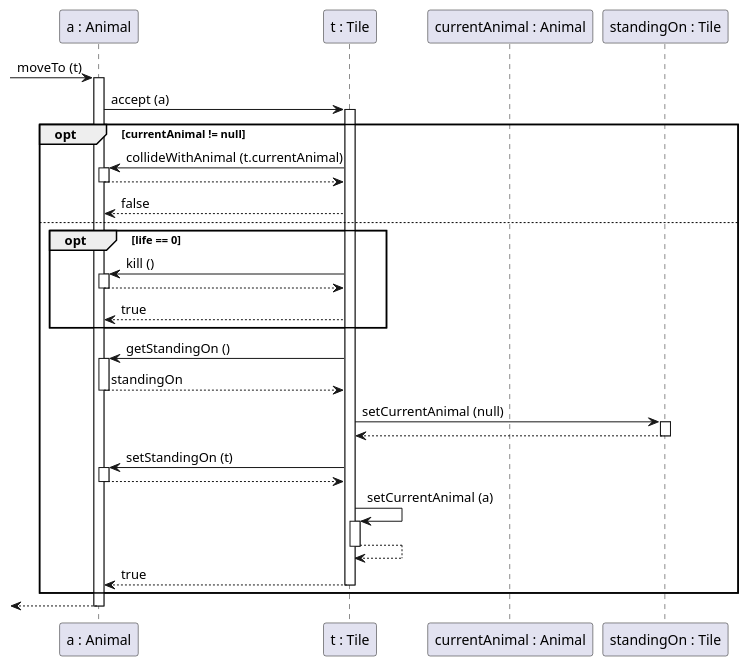
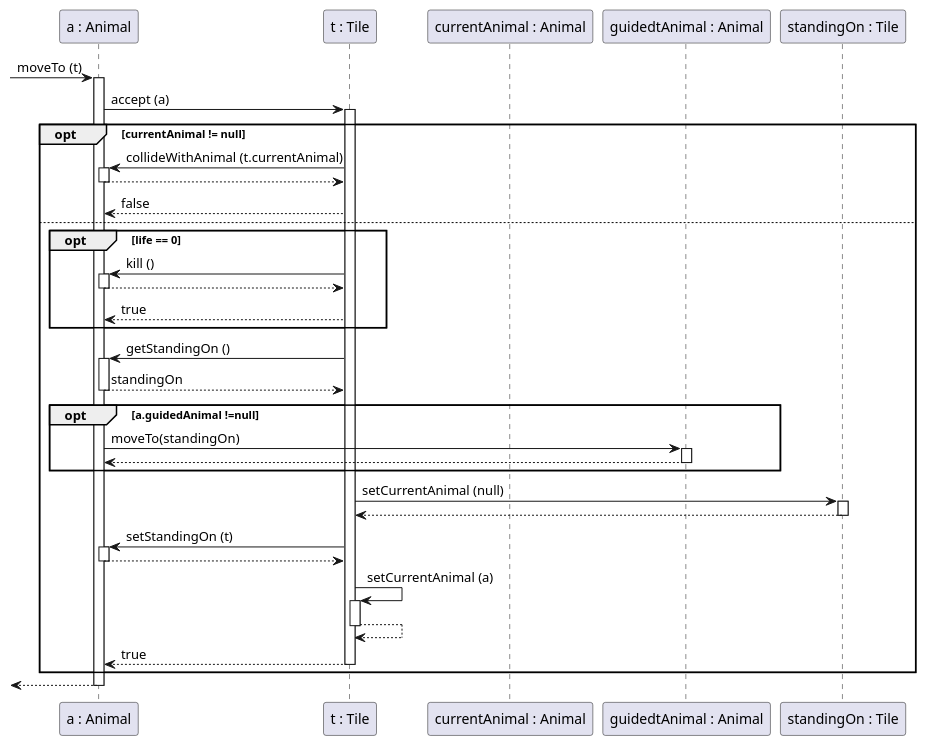
One commit to bokovhu/software-project-laboratory-assignment changed the diagram in 3-analysis-modell/java/src/main/plantuml/SequenceDiagram_Animal_moveTo.puml. Above: the diagram before and after it, drawn with PlantUML. The commit also changed 2 other files, not shown here.

```diff
--- a/3-analysis-modell/java/src/main/plantuml/SequenceDiagram_Animal_moveTo.puml
+++ b/3-analysis-modell/java/src/main/plantuml/SequenceDiagram_Animal_moveTo.puml
@@ -1,53 +1,59 @@
 @startuml
 
 skinparam classAttributeIconSize 0
 skinparam guillemet false
 
 participant "a : Animal" as a
 participant "t : Tile" as t
 participant "currentAnimal : Animal" as currentAnimal
+participant "guidedtAnimal : Animal" as guidedAnimal
 participant "standingOn : Tile" as standingOn
 
 [-> a : moveTo (t)
 activate a
 
 a -> t ++ : accept (a)
 
 opt currentAnimal != null
 
     t -> a ++ : collideWithAnimal (t.currentAnimal)
     a --> t --
 
     t --> a : false
 
 else
 
     opt life == 0
 
         t -> a ++ : kill ()
         a --> t --
 
         t --> a : true
 
     end
 
     t -> a ++ : getStandingOn ()
     a --> t -- : standingOn
 
+    opt a.guidedAnimal !=null
+    a -> guidedAnimal ++: moveTo(standingOn)
+    guidedAnimal --> a --
+    end
+
     t -> standingOn ++ : setCurrentAnimal (null)
     standingOn --> t --
 
     t -> a ++ : setStandingOn (t)
     a --> t --
 
     t -> t ++ : setCurrentAnimal (a)
     t --> t --
 
     t --> a -- : true
 
 end
 
 [<-- a
 deactivate a
 
 @enduml
```
